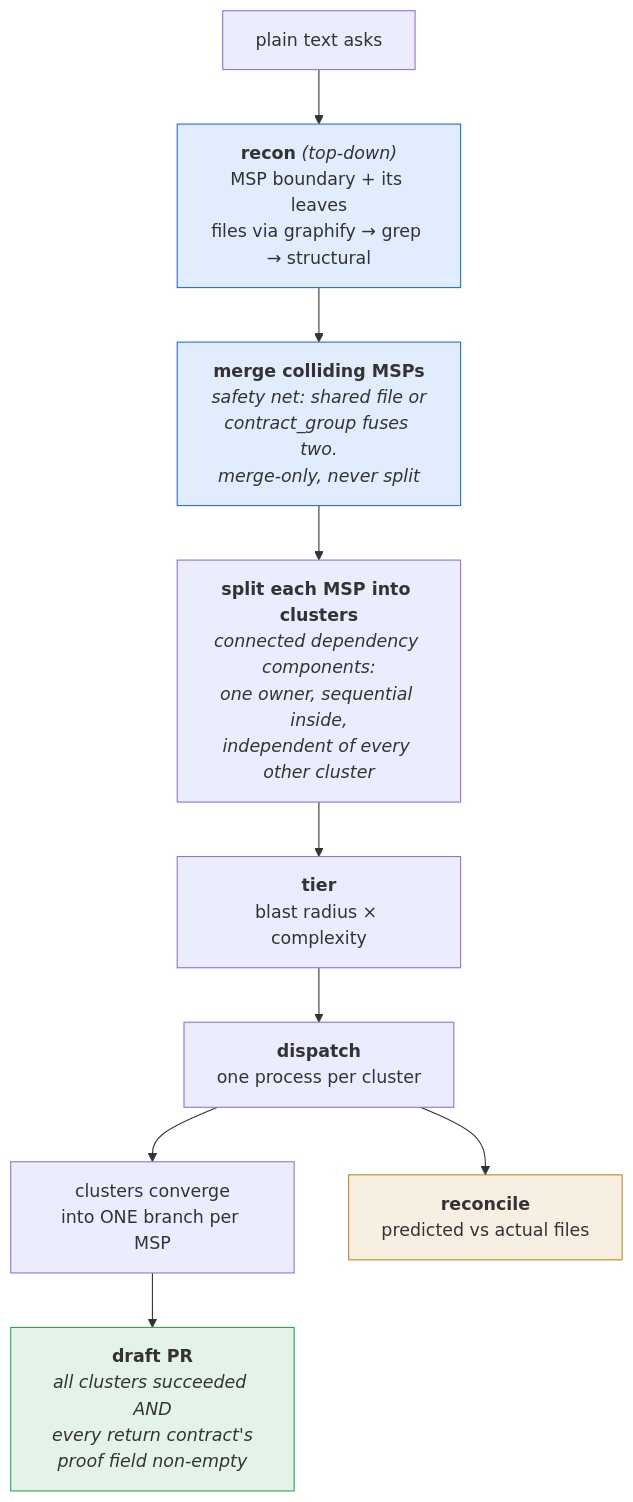
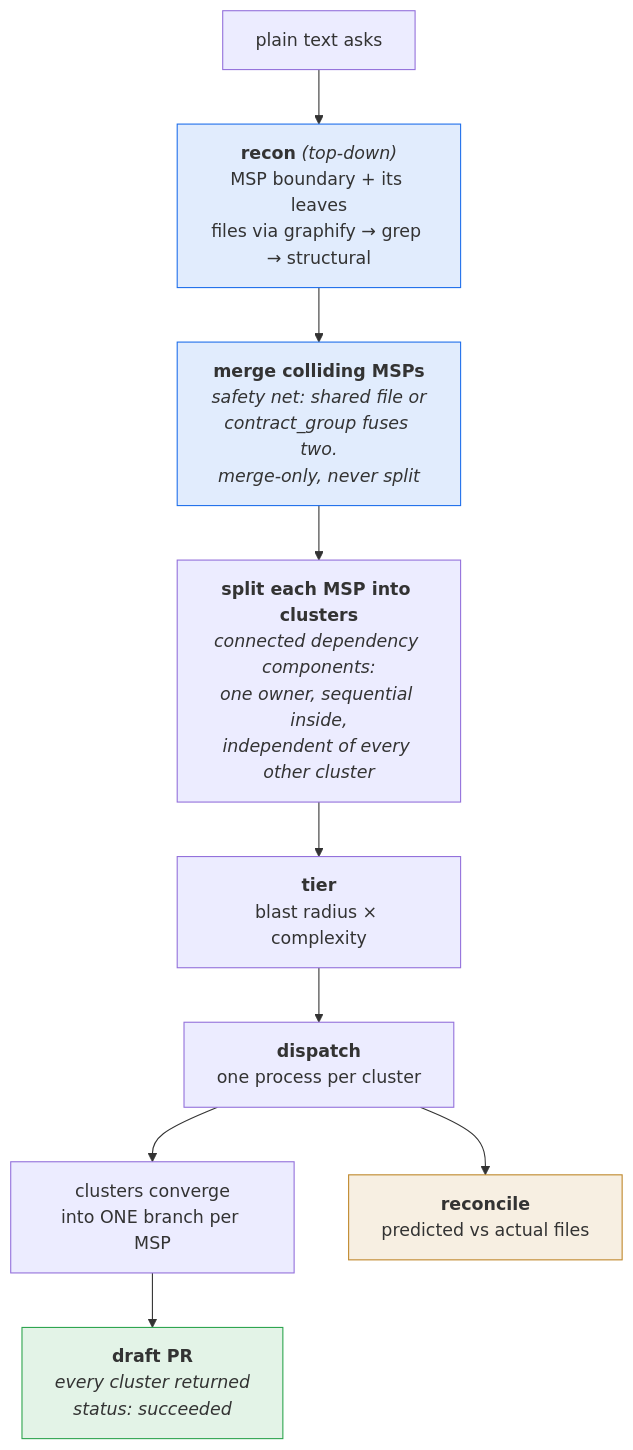
Before and after one commit to shaheershoaib/fanout: the diagram in SPEC.md, drawn with Mermaid. The commit also changed other lines of this file and 2 other files, not shown here.

First line of the commit message:
fanout holds no verification policy - drop the proof field and the PR gate

````diff
--- a/SPEC.md
+++ b/SPEC.md
@@ -55,16 +55,16 @@
 ```mermaid
 flowchart TB
   A["plain text asks"] --> R["<b>recon</b> <i>(top-down)</i><br/>MSP boundary + its leaves<br/>files via graphify → grep → structural"]
   R --> G["<b>merge colliding MSPs</b><br/><i>safety net: shared file or<br/>contract_group fuses two.<br/>merge-only, never split</i>"]
   G --> S["<b>split each MSP into clusters</b><br/><i>connected dependency components:<br/>one owner, sequential inside,<br/>independent of every other cluster</i>"]
   S --> T["<b>tier</b><br/>blast radius × complexity"]
   T --> D["<b>dispatch</b><br/>one process per cluster"]
   D --> B["clusters converge<br/>into ONE branch per MSP"]
-  B --> P["<b>draft PR</b><br/><i>all clusters succeeded AND<br/>every return contract's<br/>proof field non-empty</i>"]
+  B --> P["<b>draft PR</b><br/><i>every cluster returned<br/>status: succeeded</i>"]
   D --> C["<b>reconcile</b><br/>predicted vs actual files"]
 
   style R fill:#1f6feb22,stroke:#1f6feb
   style G fill:#1f6feb22,stroke:#1f6feb
   style P fill:#2da44e22,stroke:#2da44e
   style C fill:#bf872922,stroke:#bf8729
 ```
````
